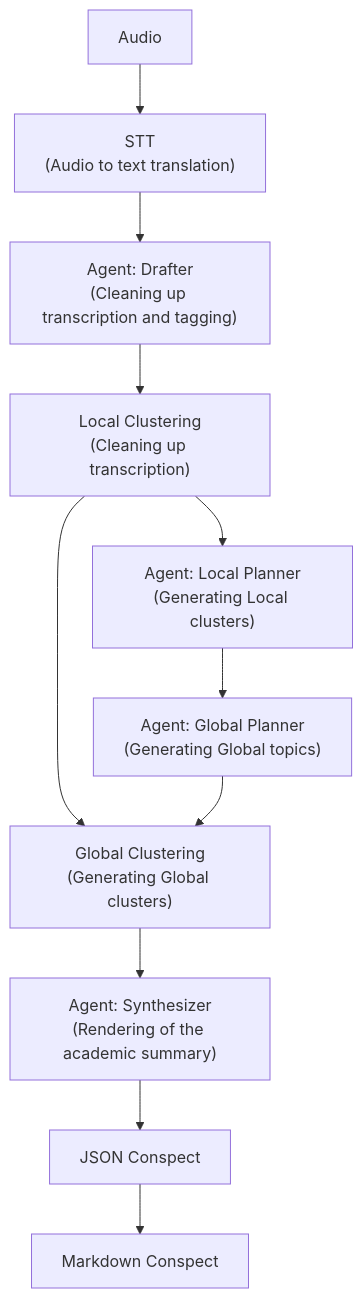
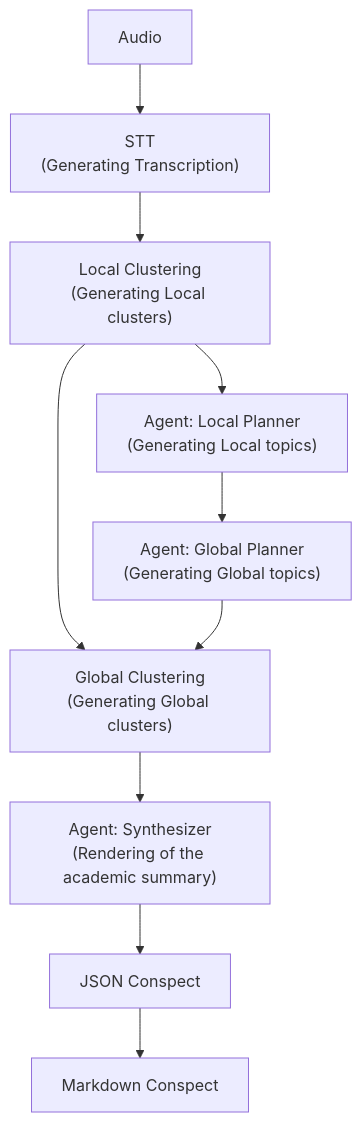
One commit to m4deme1ns4ne/LongConspectWriter changed the diagram in README.md. Above: the diagram before and after it, drawn with Mermaid. The commit also changed other lines of this file and 1 other file, not shown here.

Commit message:
docs: Обновил README под новый пайплайн

````diff
--- a/README.md
+++ b/README.md
@@ -16,20 +16,18 @@
 ```mermaid
 flowchart TD
-    Audio["Audio"] --> STT["STT<br/>(Audio to text translation)"]
+    Audio["Audio"] --> STT["STT<br/>(Generating Transcription)"]
     
-    STT -->  Drafter["Agent: Drafter<br/>(Cleaning up transcription and tagging)"]
-    
-    Drafter -->  LCluster["Local Clustering<br/>(Cleaning up transcription)"]
-    
-    LCluster --> LPlanner["Agent: Local Planner<br/>(Generating Local clusters)"]
+    STT -->  LCluster["Local Clustering<br/>(Generating Local clusters)"]
+
+    LCluster --> LPlanner["Agent: Local Planner<br/>(Generating Local topics)"]
     
     LPlanner --> GPlanner["Agent: Global Planner<br/>(Generating Global topics)"]
     
     LCluster & GPlanner --> GCluster["Global Clustering<br/>(Generating Global clusters)"]
     
     GCluster --> Synthesizer["Agent: Synthesizer<br/>(Rendering of the academic summary)"]
     
     Synthesizer --> JSON["JSON Conspect"]
 
     JSON --> MD["Markdown Conspect"]
 ```
````
